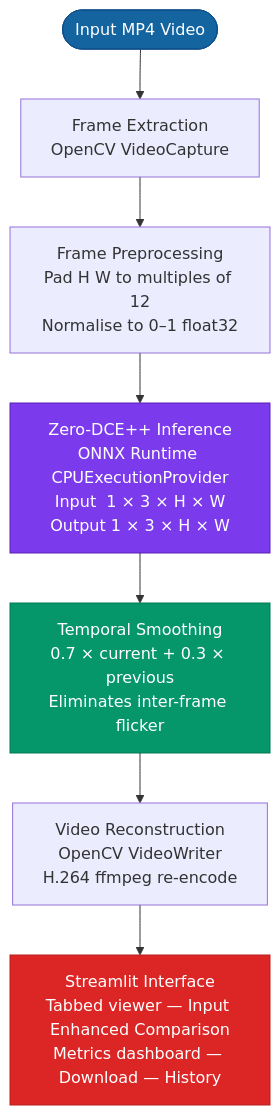
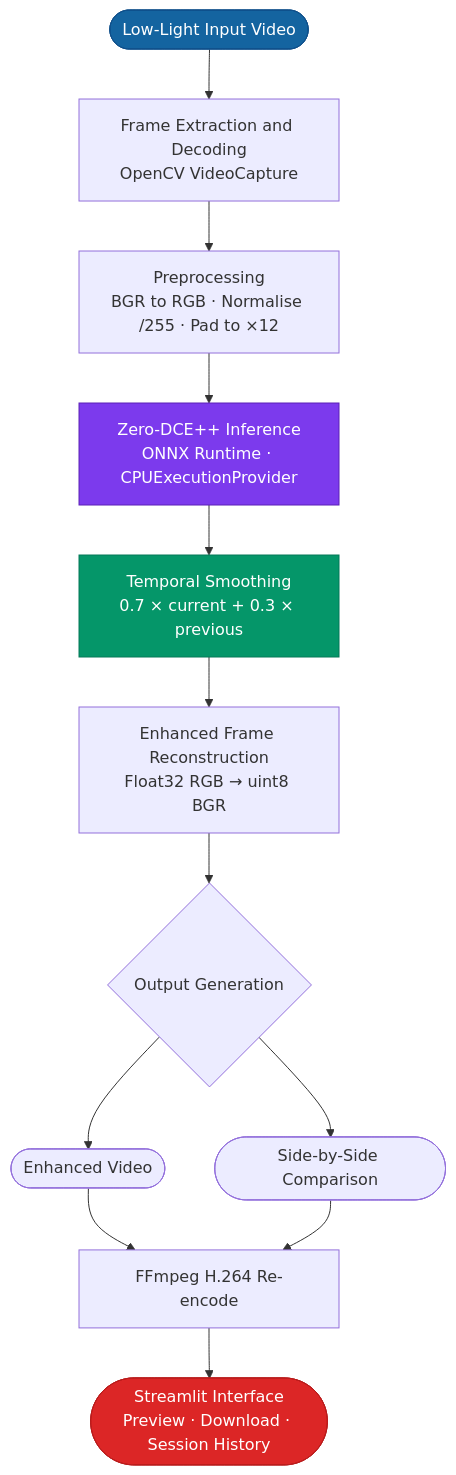
One commit to ishagupta0506/Low-Light-Video-Distortion-Removal_Samsung-Prism_Worklet changed the first of 4 diagrams in README.md. Above: the diagram before and after it, drawn with Mermaid. The commit also changed other lines of this file, not shown here.

````diff
--- a/README.md
+++ b/README.md
@@ -88,14 +131,19 @@
 ```mermaid
 flowchart TD
-    A([Input MP4 Video]) --> B[Frame Extraction\nOpenCV VideoCapture]
-    B --> C[Frame Preprocessing\nPad H W to multiples of 12\nNormalise to 0–1 float32]
-    C --> D[Zero-DCE++ Inference\nONNX Runtime CPUExecutionProvider\nInput  1 × 3 × H × W\nOutput 1 × 3 × H × W]
-    D --> E[Temporal Smoothing\n0.7 × current + 0.3 × previous\nEliminates inter-frame flicker]
-    E --> F[Video Reconstruction\nOpenCV VideoWriter\nH.264 ffmpeg re-encode]
-    F --> G[Streamlit Interface\nTabbed viewer — Input Enhanced Comparison\nMetrics dashboard — Download — History]
+    A([Low-Light Input Video]) --> B[Frame Extraction and Decoding\nOpenCV VideoCapture]
+    B --> C[Preprocessing\nBGR to RGB · Normalise /255 · Pad to ×12]
+    C --> D[Zero-DCE++ Inference\nONNX Runtime · CPUExecutionProvider]
+    D --> E[Temporal Smoothing\n0.7 × current + 0.3 × previous]
+    E --> F[Enhanced Frame Reconstruction\nFloat32 RGB → uint8 BGR]
+    F --> G{Output Generation}
+    G --> H([Enhanced Video])
+    G --> I([Side-by-Side Comparison])
+    H --> J[FFmpeg H.264 Re-encode]
+    I --> J
+    J --> K([Streamlit Interface\nPreview · Download · Session History])
 
     style A fill:#1464A0,color:#fff,stroke:#0f4f8a
     style D fill:#7C3AED,color:#fff,stroke:#5b21b6
     style E fill:#059669,color:#fff,stroke:#047857
-    style G fill:#DC2626,color:#fff,stroke:#b91c1c
+    style K fill:#DC2626,color:#fff,stroke:#b91c1c
 ```
````
